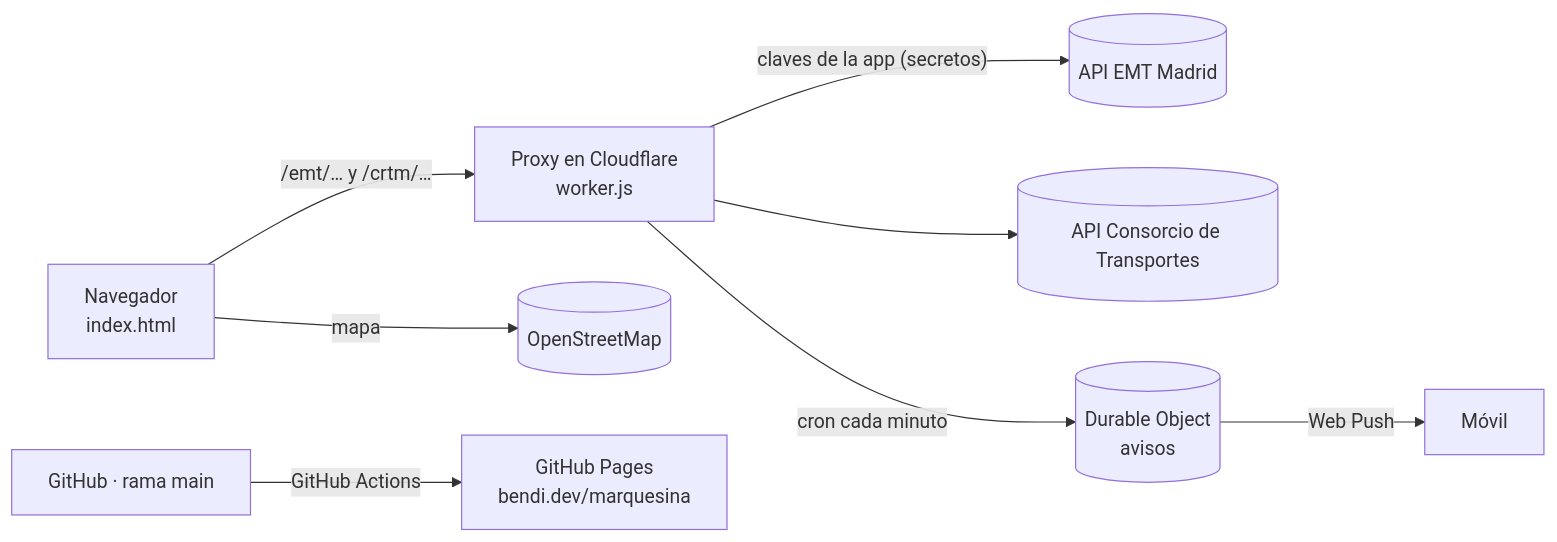
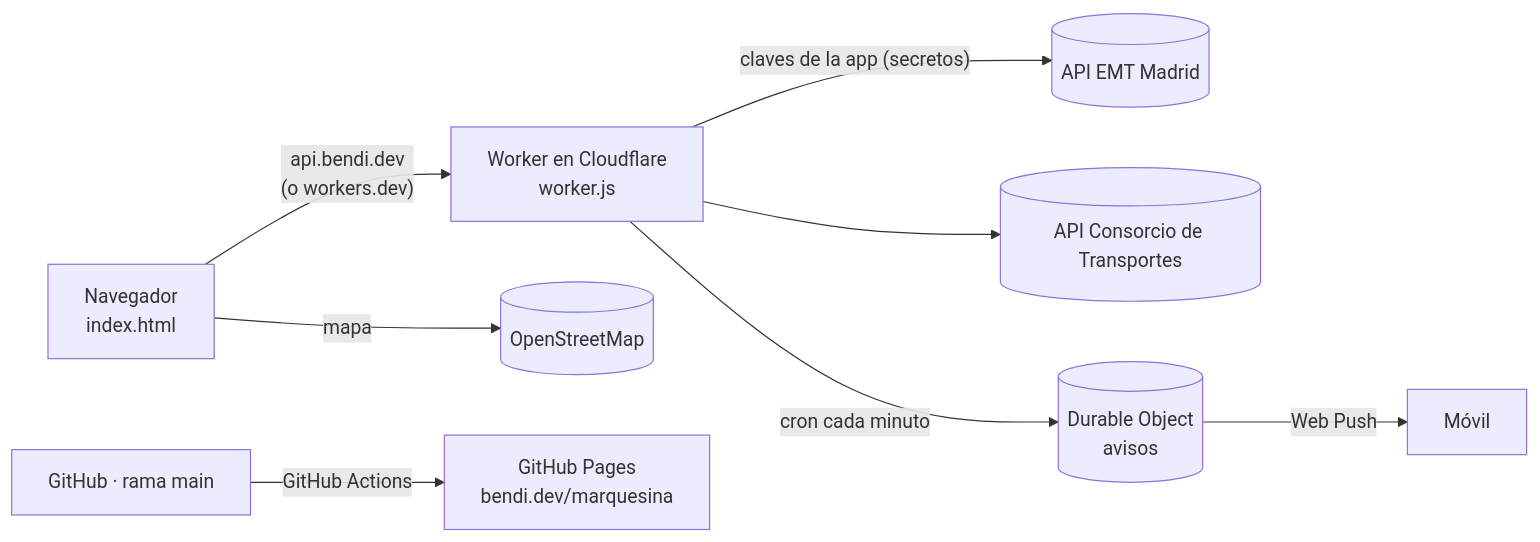
One commit to serbenda/marquesina changed the diagram in README.md. Above: the diagram before and after it, drawn with Mermaid. The commit also changed other lines of this file and 8 other files, not shown here.

Commit message:
Dominio propio api.bendi.dev con alternativa automática a workers.dev; documentación del cambio de DNS

````diff
--- a/README.md
+++ b/README.md
@@ -66,10 +66,10 @@
 ```mermaid
 flowchart LR
-  U[Navegador<br/>index.html] -- "/emt/… y /crtm/…" --> W[Proxy en Cloudflare<br/>worker.js]
+  U[Navegador<br/>index.html] -- "api.bendi.dev<br/>(o workers.dev)" --> W[Worker en Cloudflare<br/>worker.js]
   W -- "claves de la app (secretos)" --> EMT[(API EMT Madrid)]
   W --> CRTM[(API Consorcio de Transportes)]
   W -- "cron cada minuto" --> DO[(Durable Object<br/>avisos)]
   DO -- "Web Push" --> M[Móvil]
   U -- "mapa" --> OSM[(OpenStreetMap)]
   GH[GitHub · rama main] -- "GitHub Actions" --> P[GitHub Pages<br/>bendi.dev/marquesina]
 ```
````
